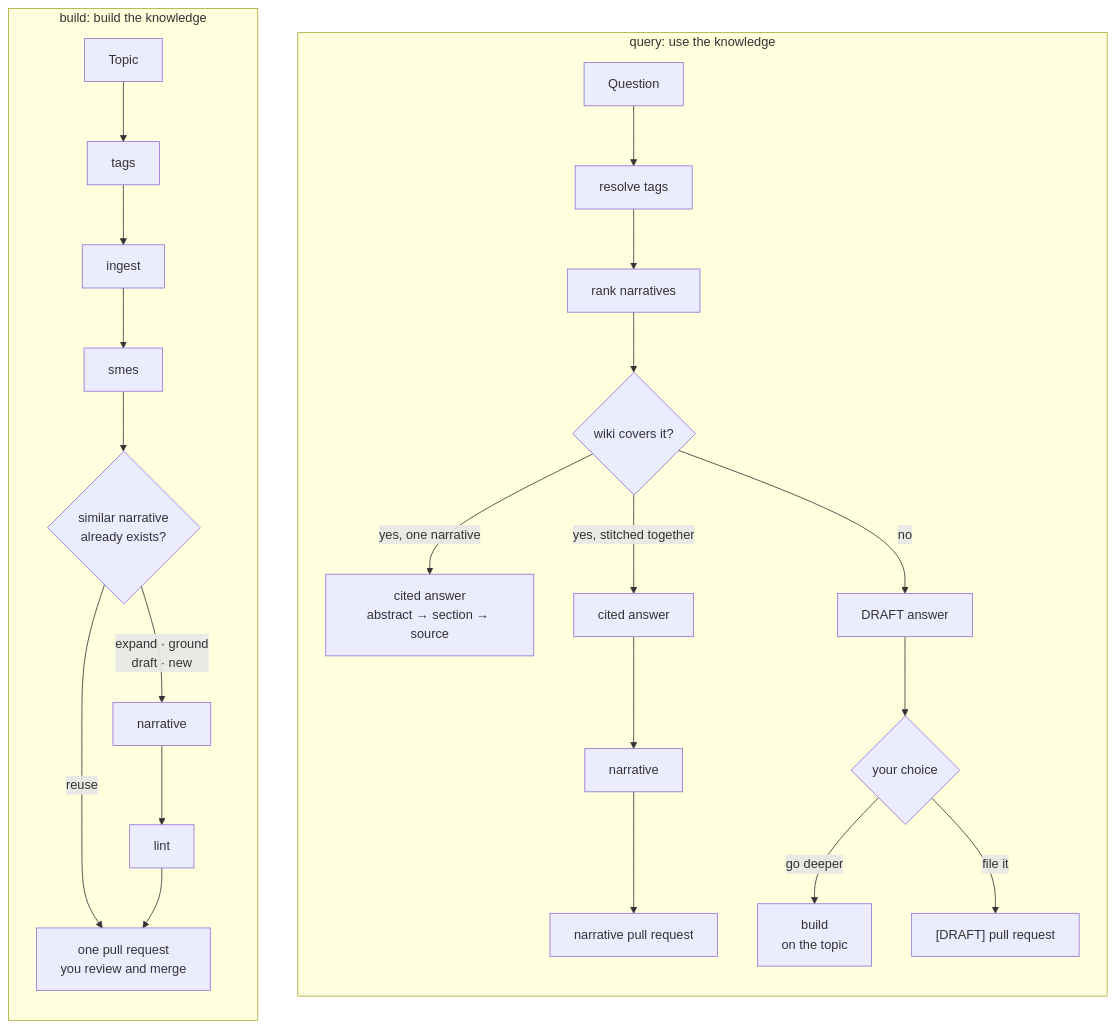
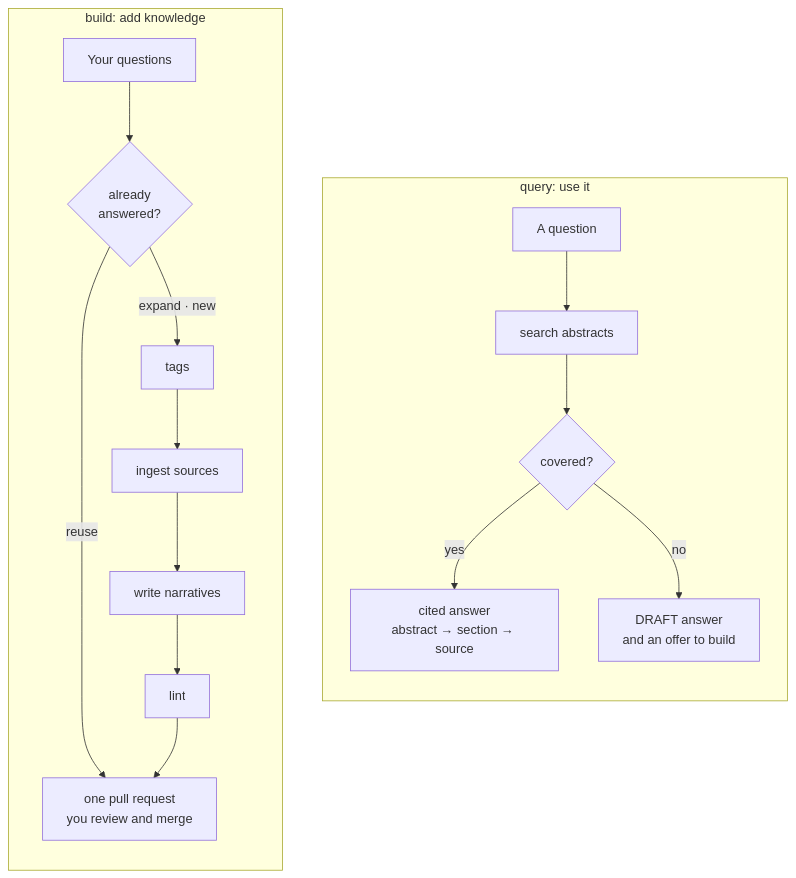
Before and after one commit to mengjiasun1992/structural-llm-wiki: the diagram in README.md, drawn with Mermaid. The commit also changed other lines of this file and 2 other files, not shown here.

````diff
--- a/README.md
+++ b/README.md
@@ -39,19 +37,16 @@
 ```mermaid
 graph LR
-    subgraph build["build: build the knowledge"]
+    subgraph build["build: add knowledge"]
         direction TB
-        T["Topic"] --> RT["tags"] --> IN["ingest"] --> SM["smes"] --> CK{"similar narrative<br/>already exists?"}
-        CK -- "reuse" --> PR["one pull request<br/>you review and merge"]
-        CK -- "expand · ground<br/>draft · new" --> NA["narrative"] --> LI["lint"] --> PR
+        Q["Your questions"] --> R{"already<br/>answered?"}
+        R -- "reuse" --> PR["one pull request<br/>you review and merge"]
+        R -- "expand · new" --> T["tags"] --> I["ingest sources"] --> N["write narratives"] --> L["lint"] --> PR
     end
-    subgraph use["query: use the knowledge"]
+    subgraph use["query: use it"]
         direction TB
-        Q["Question"] --> QT["resolve tags"] --> QN["rank narratives"] --> AN{"wiki covers it?"}
-        AN -- "yes, one narrative" --> A["cited answer<br/>abstract → section → source"]
-        AN -- "yes, stitched together" --> AS["cited answer"] --> SN["narrative"] --> SPR["narrative pull request"]
-        AN -- "no" --> D["DRAFT answer"] --> CH{"your choice"}
-        CH -- "go deeper" --> OC["build<br/>on the topic"]
-        CH -- "file it" --> DPR["[DRAFT] pull request"]
+        A["A question"] --> S["search abstracts"] --> C{"covered?"}
+        C -- "yes" --> ANS["cited answer<br/>abstract → section → source"]
+        C -- "no" --> D["DRAFT answer<br/>and an offer to build"]
     end
     build ~~~ use
 ```
````
